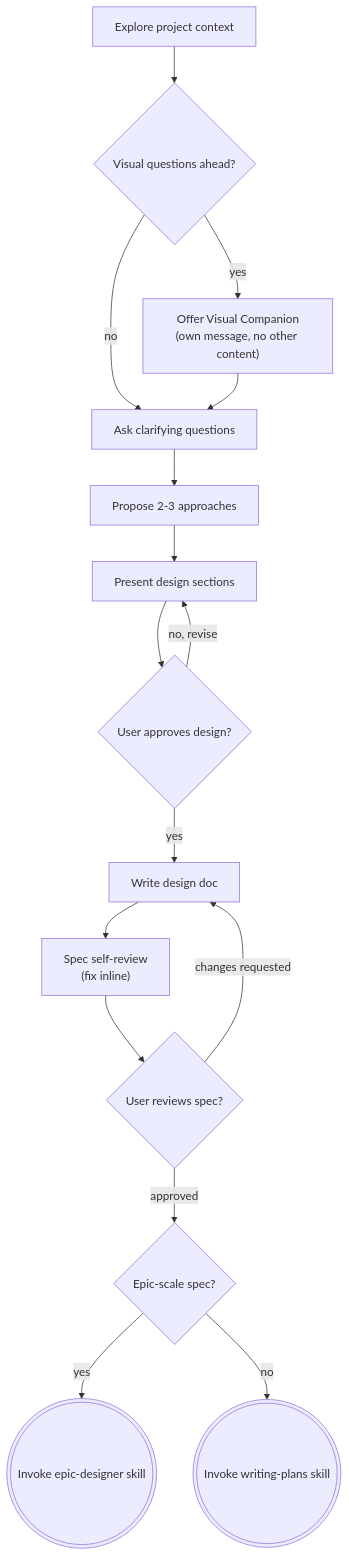
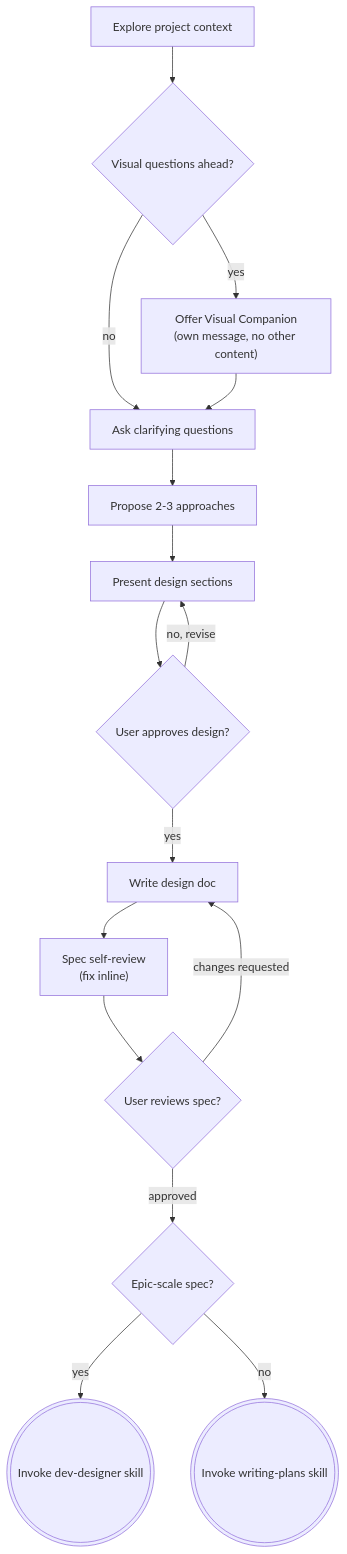
Before and after one commit to DanhDue/ai-agent-tools: the diagram in skills/brainstorming/SKILL.md, drawn with Mermaid. The commit also changed other lines of this file and 27 other files, not shown here.

First line of the commit message:
[DOC_LIFECYCLE] Rename the epic-* skills to dev-*

````diff
--- a/skills/brainstorming/SKILL.md
+++ b/skills/brainstorming/SKILL.md
@@ -36,18 +36,18 @@
 ```mermaid
 flowchart TD
     A["Explore project context"] --> B{"Visual questions ahead?"}
     B -->|yes| C["Offer Visual Companion<br>(own message, no other content)"]
     B -->|no| D["Ask clarifying questions"]
     C --> D
     D --> E["Propose 2-3 approaches"]
     E --> F["Present design sections"]
     F --> G{"User approves design?"}
     G -->|no, revise| F
     G -->|yes| H["Write design doc"]
     H --> I["Spec self-review<br>(fix inline)"]
     I --> J{"User reviews spec?"}
     J -->|changes requested| H
     J -->|approved| K{"Epic-scale spec?"}
-    K -->|yes| L((("Invoke epic-designer skill")))
+    K -->|yes| L((("Invoke dev-designer skill")))
     K -->|no| M((("Invoke writing-plans skill")))
 ```
````
